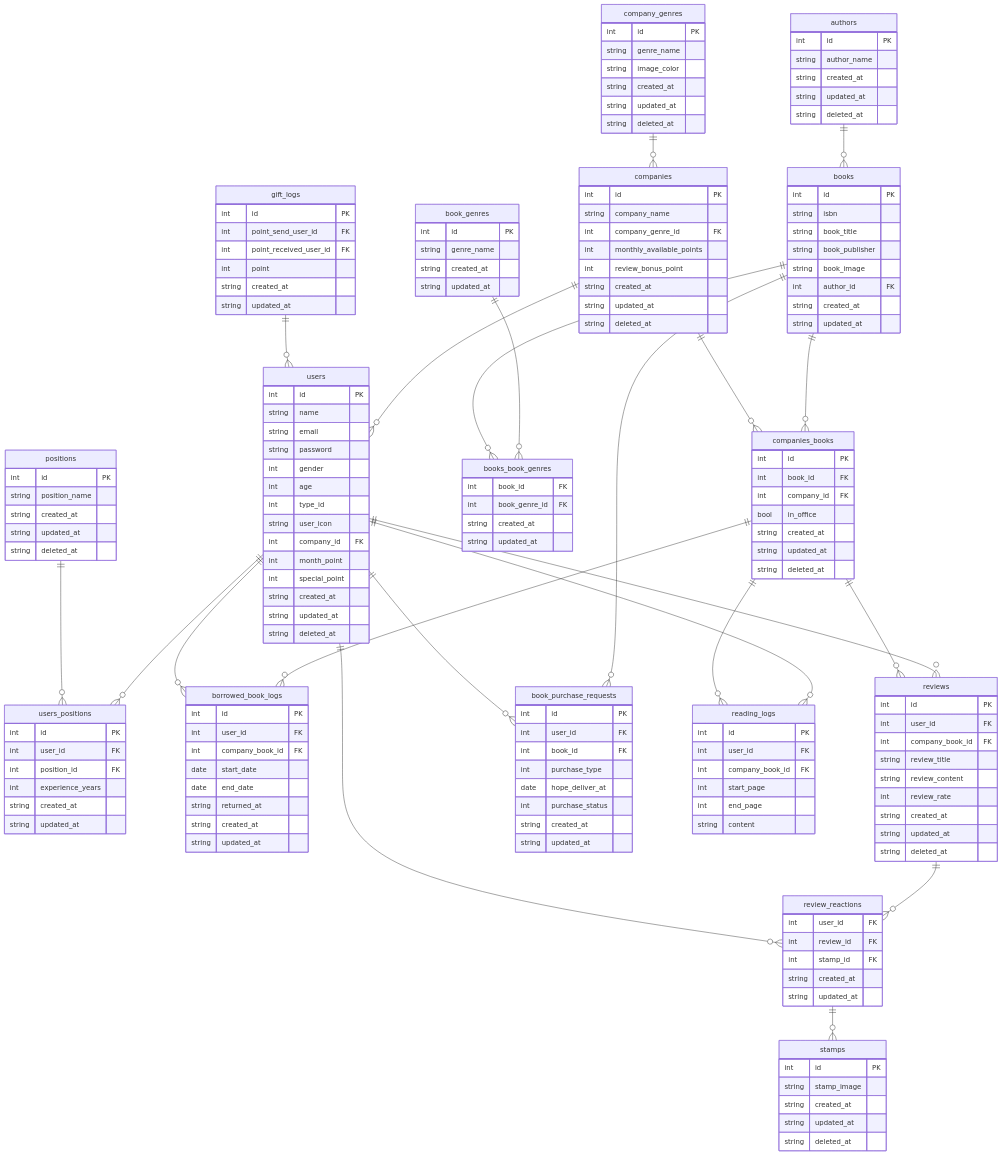
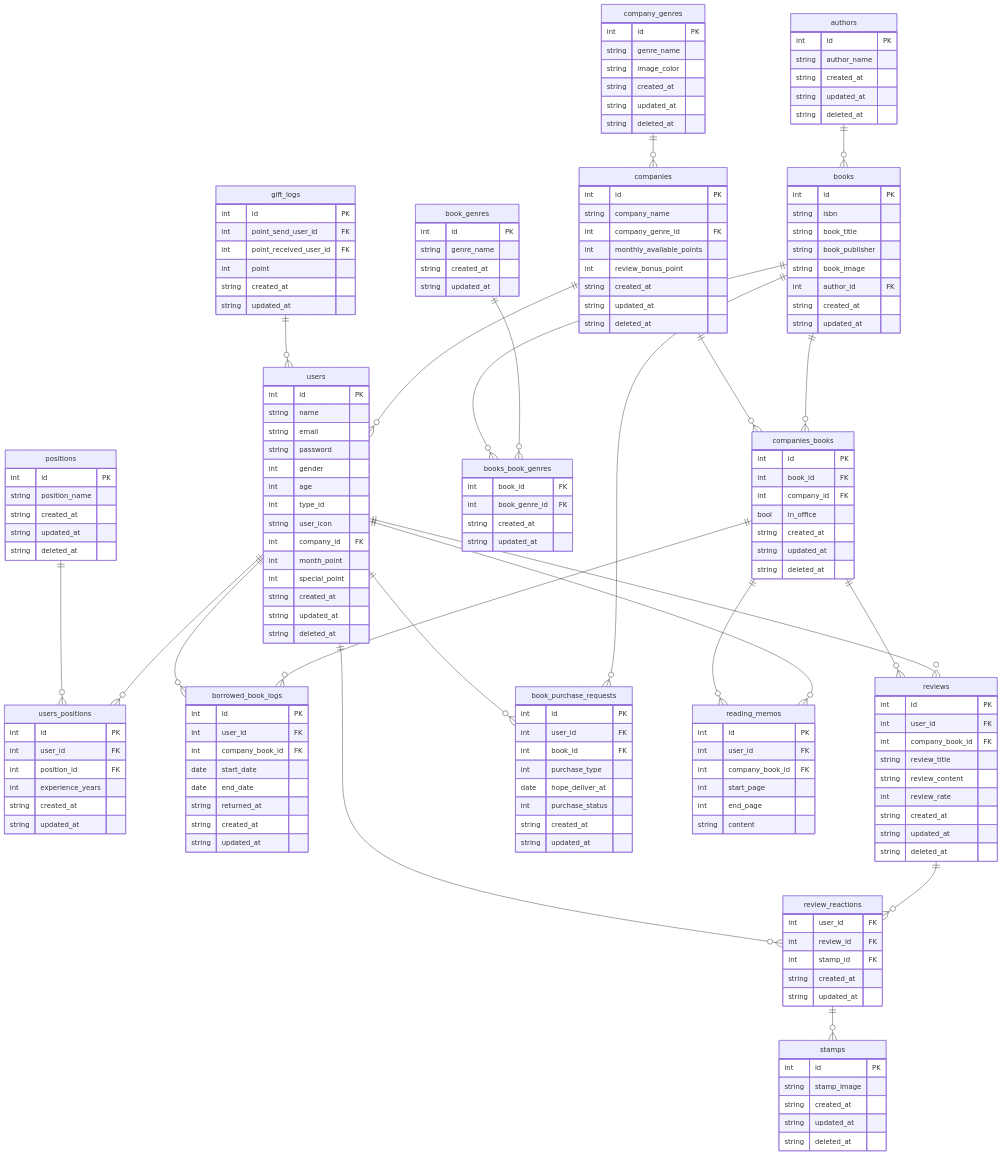
The diagram in README.md (HashimotoShuhei-z/LibCone-backend), drawn with Mermaid before and after one commit.

````diff
--- a/README.md
+++ b/README.md
@@ -250,7 +250,7 @@
 	string updated_at 
 }
 
-reading_logs {
+reading_memos {
 	int id PK
 	int user_id FK
 	int company_book_id FK
@@ -278,6 +278,6 @@
 books ||--o{ book_purchase_requests : ""
 users ||--o{ book_purchase_requests : ""
 gift_logs ||--o{ users : ""
-users ||--o{ reading_logs : ""
-companies_books ||--o{ reading_logs : ""
+users ||--o{ reading_memos : ""
+companies_books ||--o{ reading_memos : ""
 ```
````
